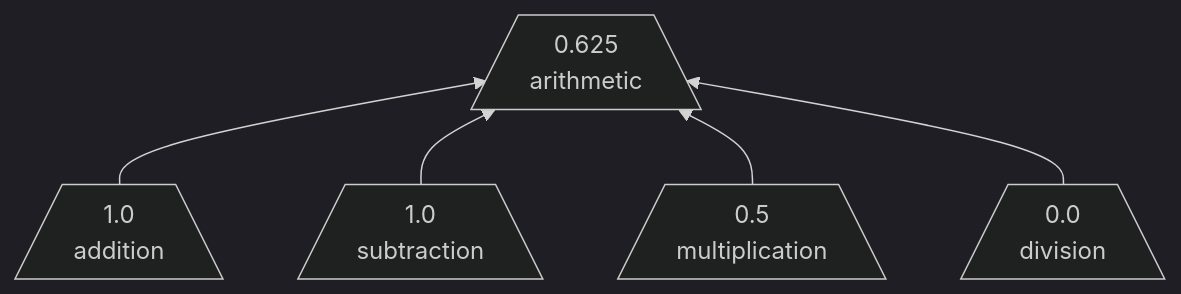
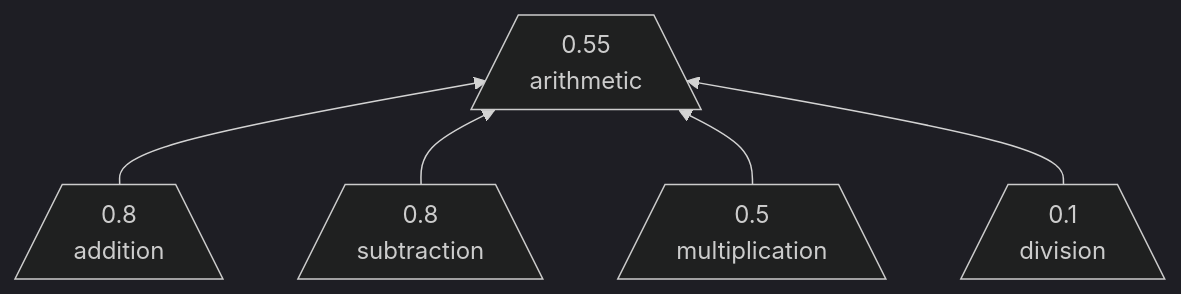
The first of 3 diagrams in specs/proficiency-score.md (openproficiency/model), drawn with Mermaid (dark theme) before and after one commit. The commit also changed other lines of this file and 1 other file, not shown here.

Commit message:
fix: wording tweaks and typos

````diff
--- a/specs/proficiency-score.md
+++ b/specs/proficiency-score.md
@@ -28,9 +28,9 @@
 ```mermaid
 flowchart BT
-arithmetic[/0.625<br/>arithmetic\]
+arithmetic[/0.55<br/>arithmetic\]
 
-addition[/"1.0<br/>addition"\] --> arithmetic
-subtraction[/1.0<br/>subtraction\] --> arithmetic
+addition[/"0.8<br/>addition"\] --> arithmetic
+subtraction[/0.8<br/>subtraction\] --> arithmetic
 multiplication[/0.5<br/>multiplication\] --> arithmetic
-division[/0.0<br/>division\] --> arithmetic
+division[/0.1<br/>division\] --> arithmetic
 ```
````
